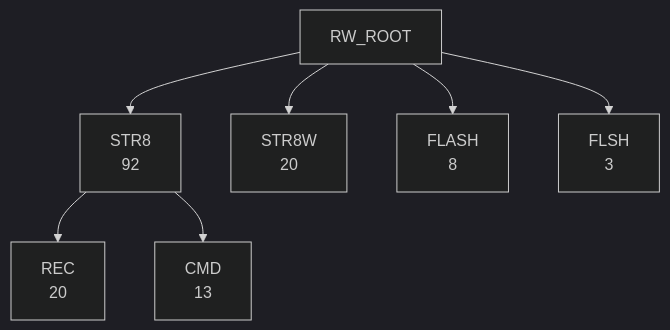
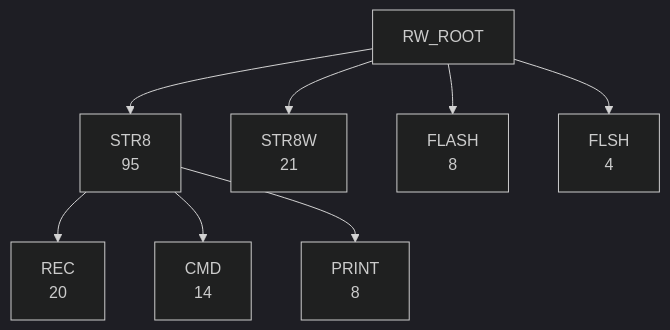
The fifth of 7 diagrams in DOC/GENERATED/ROUTINE_WORD_TREE.md (95westus/R-YORS), drawn with Mermaid (dark theme) before and after one commit. The commit also changed other lines of this file and 59 other files, not shown here.

````diff
--- a/DOC/GENERATED/ROUTINE_WORD_TREE.md
+++ b/DOC/GENERATED/ROUTINE_WORD_TREE.md
@@ -78,9 +77,10 @@
 ```mermaid
 flowchart TD
-    RW_ROOT --> RW_STR8["STR8<br/>92"]
-    RW_ROOT --> RW_STR8W["STR8W<br/>20"]
+    RW_ROOT --> RW_STR8["STR8<br/>95"]
+    RW_ROOT --> RW_STR8W["STR8W<br/>21"]
     RW_ROOT --> RW_FLASH["FLASH<br/>8"]
-    RW_ROOT --> RW_FLSH["FLSH<br/>3"]
+    RW_ROOT --> RW_FLSH["FLSH<br/>4"]
     RW_STR8 --> RW_STR8_REC["REC<br/>20"]
-    RW_STR8 --> RW_STR8_CMD["CMD<br/>13"]
+    RW_STR8 --> RW_STR8_CMD["CMD<br/>14"]
+    RW_STR8 --> RW_STR8_PRINT["PRINT<br/>8"]
 ```
````
